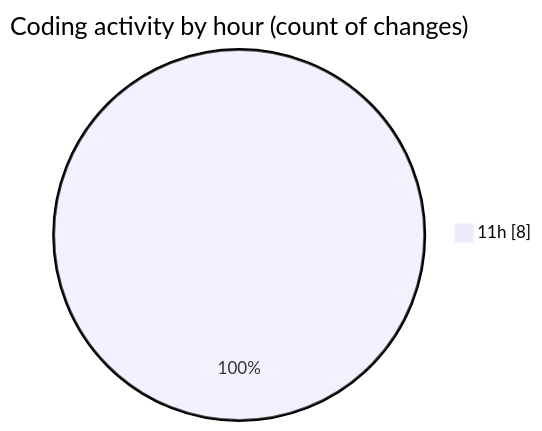
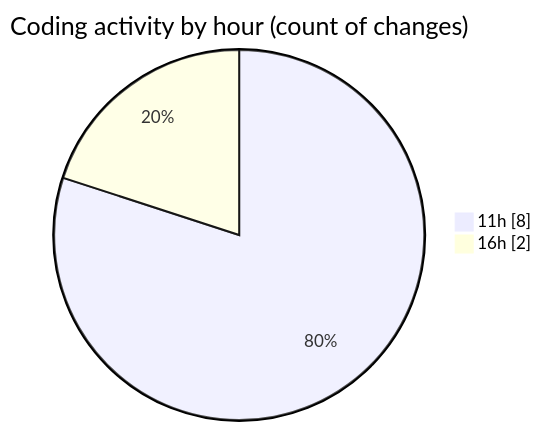
Before and after one commit to NitaiMahat/code-tracking: the second of 2 diagrams in 2025-02-03/java/README.md, drawn with Mermaid. The commit also changed other lines of this file and 1 other file, not shown here.

````diff
--- a/2025-02-03/java/README.md
+++ b/2025-02-03/java/README.md
@@ -28,5 +29,6 @@
 ```mermaid
 pie showData
 title Coding activity by hour (count of changes)
 "11h" : 8
+"16h" : 2
 ```
````
